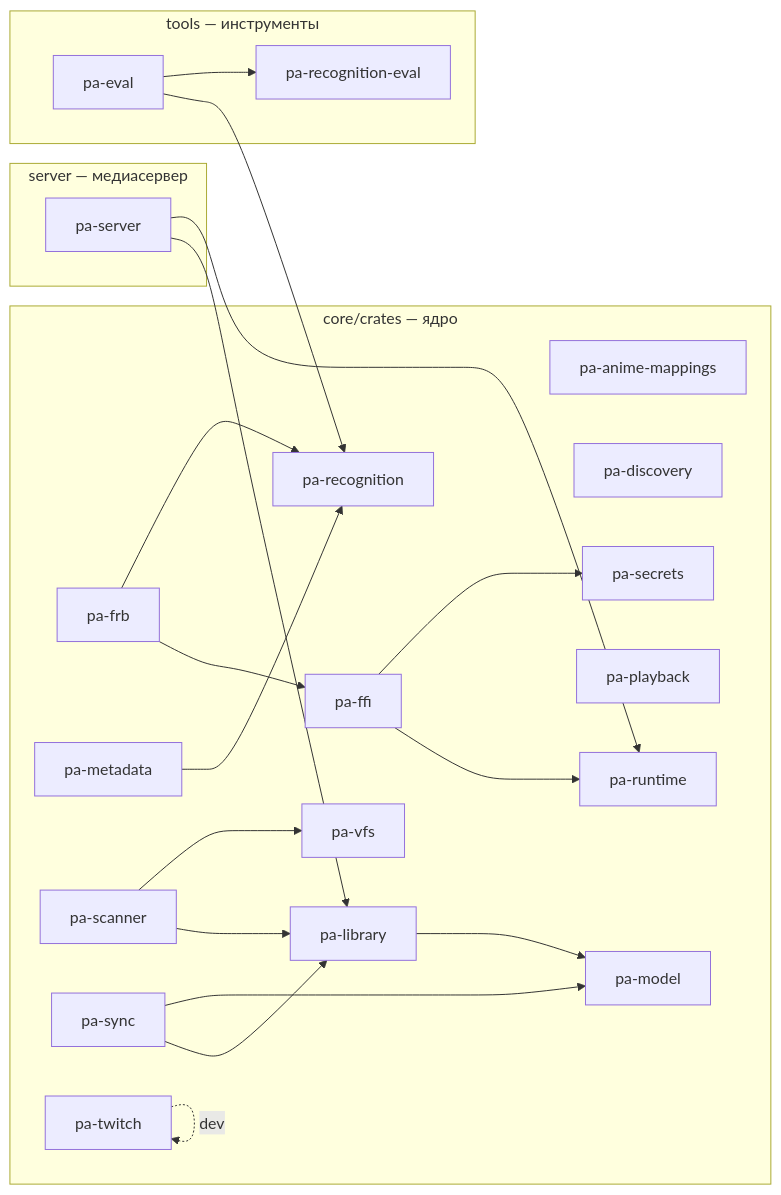
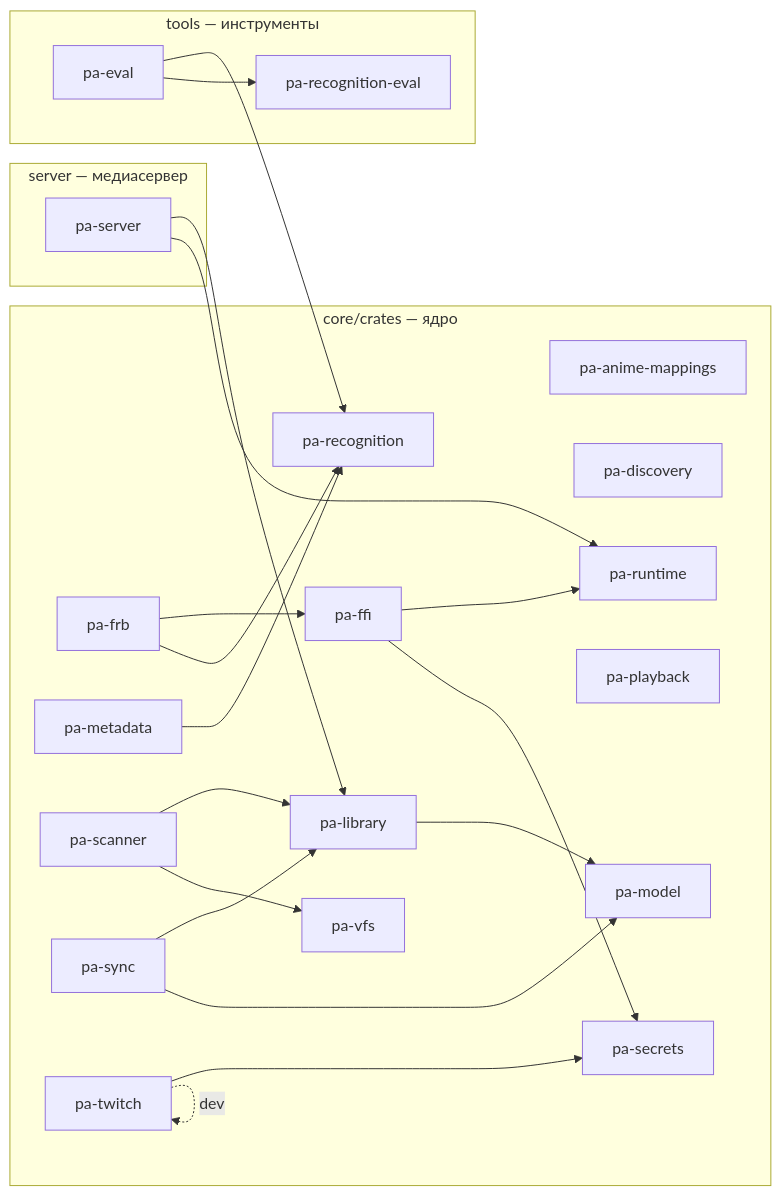
One commit to DenisHumen/project_alpha changed the diagram in docs/dev/crate-graph.md. Above: the diagram before and after it, drawn with Mermaid. The commit also changed other lines of this file, not shown here.

Commit message:
chore: refresh Cargo.lock and crate graph

````diff
--- a/docs/dev/crate-graph.md
+++ b/docs/dev/crate-graph.md
@@ -12,42 +12,43 @@
 ```mermaid
 flowchart LR
   subgraph g0["core/crates — ядро"]
     pa_anime_mappings["pa-anime-mappings"]
     pa_discovery["pa-discovery"]
     pa_ffi["pa-ffi"]
     pa_frb["pa-frb"]
     pa_library["pa-library"]
     pa_metadata["pa-metadata"]
     pa_model["pa-model"]
     pa_playback["pa-playback"]
     pa_recognition["pa-recognition"]
     pa_runtime["pa-runtime"]
     pa_scanner["pa-scanner"]
     pa_secrets["pa-secrets"]
     pa_sync["pa-sync"]
     pa_twitch["pa-twitch"]
     pa_vfs["pa-vfs"]
   end
   subgraph g1["server — медиасервер"]
     pa_server["pa-server"]
   end
   subgraph g2["tools — инструменты"]
     pa_eval["pa-eval"]
     pa_recognition_eval["pa-recognition-eval"]
   end
   pa_eval --> pa_recognition
   pa_eval --> pa_recognition_eval
   pa_ffi --> pa_runtime
   pa_ffi --> pa_secrets
   pa_frb --> pa_ffi
   pa_frb --> pa_recognition
   pa_library --> pa_model
   pa_metadata --> pa_recognition
   pa_scanner --> pa_library
   pa_scanner --> pa_vfs
   pa_server --> pa_library
   pa_server --> pa_runtime
   pa_sync --> pa_library
   pa_sync --> pa_model
+  pa_twitch --> pa_secrets
   pa_twitch -. dev .-> pa_twitch
 ```
````
